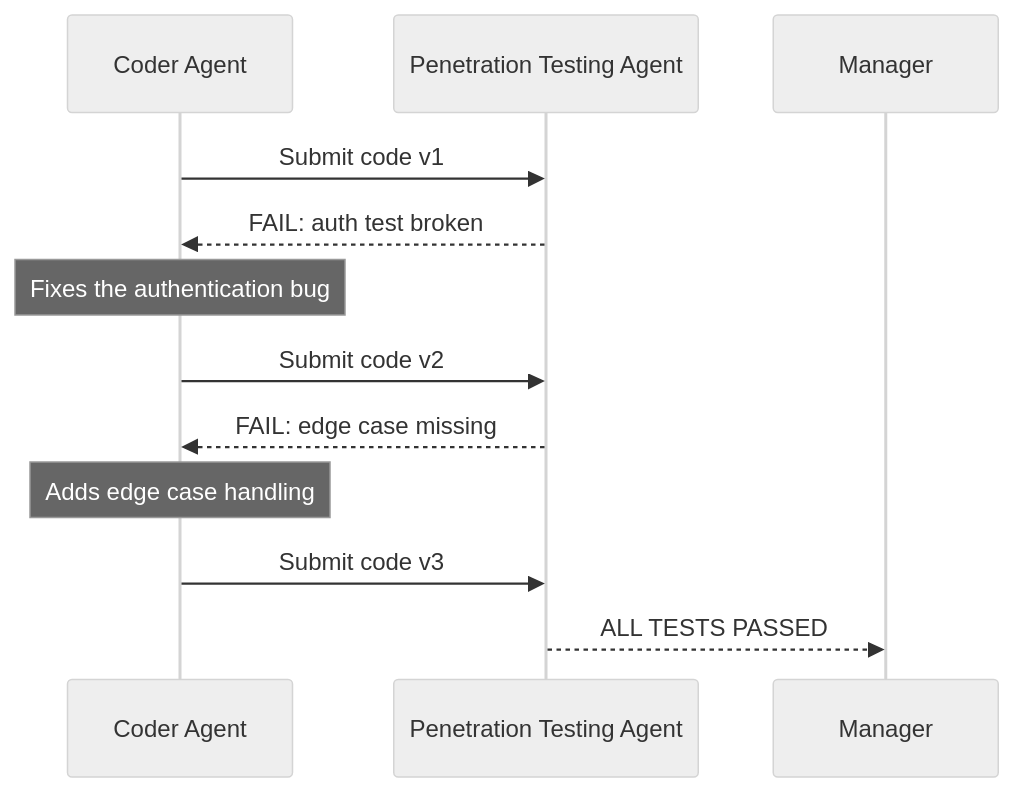
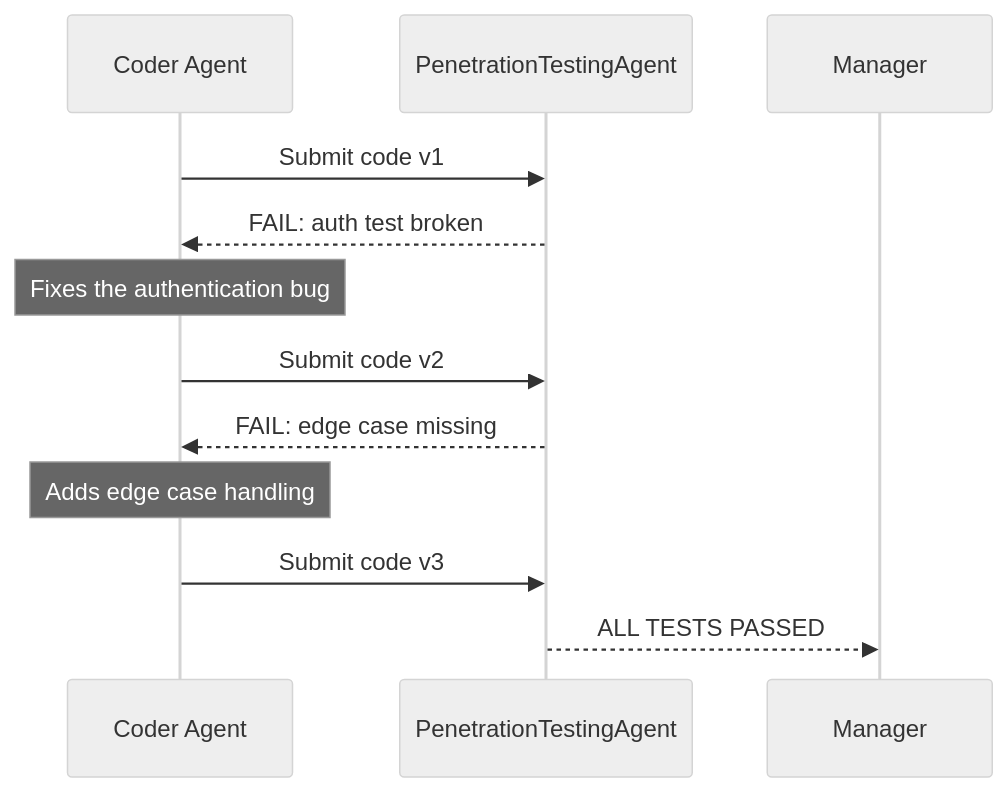
Diagram 35 of 53 in AI Agent Communication.md (Sujalkathait/-AI-Agent-Security-Playbook.), drawn with Mermaid (neutral theme) before and after one commit. The commit also changed other lines of this file, not shown here.

Commit message:
fix: resolve mermaid syntax errors by removing spaces from node IDs

````diff
--- a/AI Agent Communication.md
+++ b/AI Agent Communication.md
@@ -1070,15 +1070,15 @@
 ```mermaid
 sequenceDiagram
   participant Coder as Coder Agent
-  participant Tester as Penetration Testing Agent
+  participant Tester as PenetrationTestingAgent
   participant Manager as Manager
 
   Coder->>Tester: Submit code v1
   Tester-->>Coder: FAIL: auth test broken
   Note over Coder: Fixes the authentication bug
   Coder->>Tester: Submit code v2
   Tester-->>Coder: FAIL: edge case missing
   Note over Coder: Adds edge case handling
   Coder->>Tester: Submit code v3
   Tester-->>Manager: ALL TESTS PASSED
 ```
````
